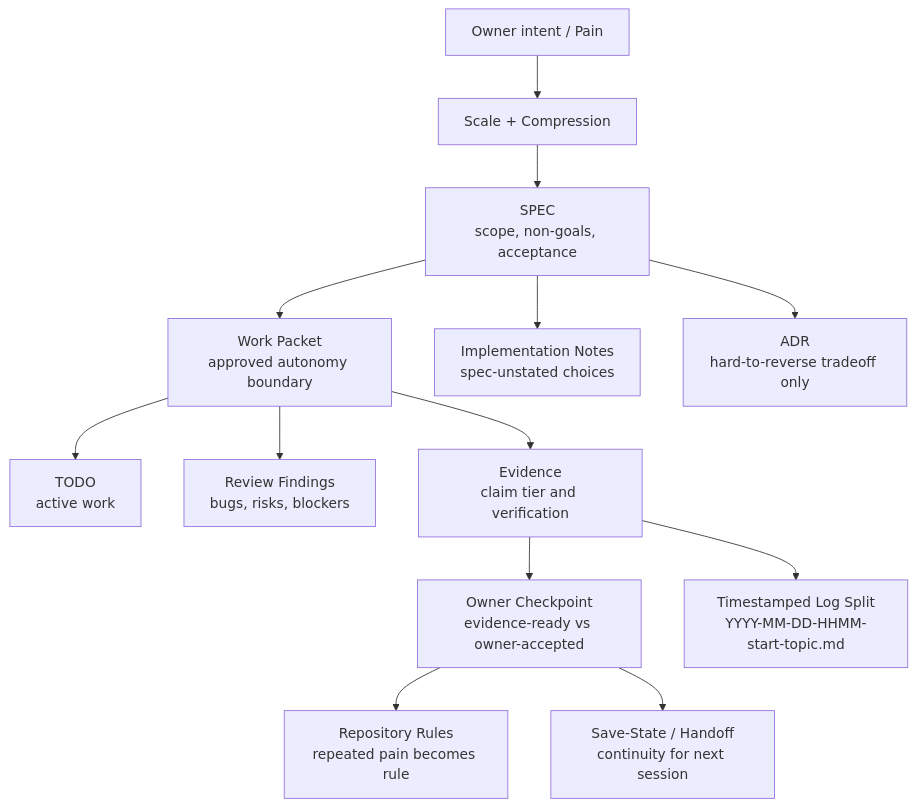
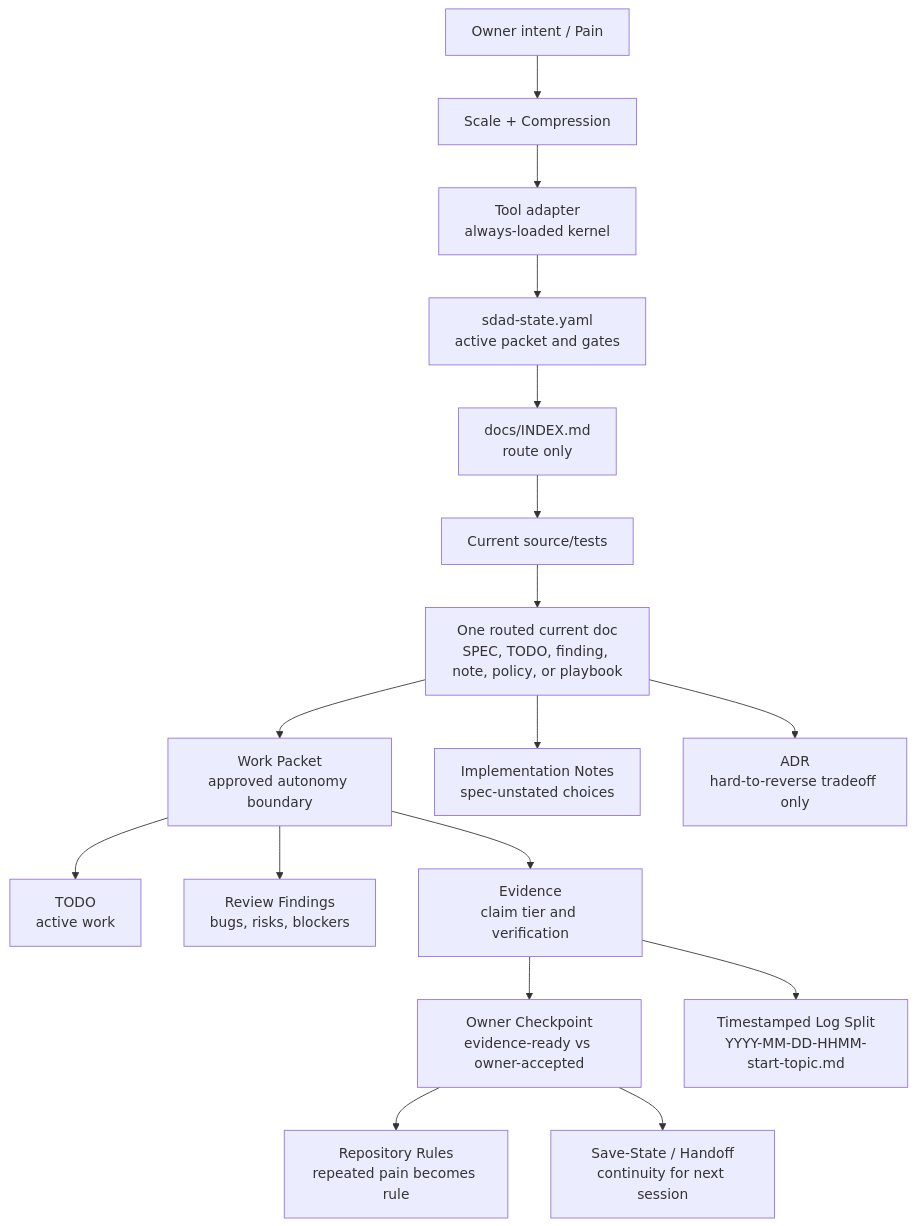
The fourth of 8 diagrams in docs/diagrams.md (LiveTrack-X/spec-driven-ai-development), drawn with Mermaid before and after one commit. The commit also changed other lines of this file and 77 other files, not shown here.

````diff
--- a/docs/diagrams.md
+++ b/docs/diagrams.md
@@ -62,15 +65,19 @@
 ```mermaid
 flowchart TD
     O["Owner intent / Pain"] --> X["Scale + Compression"]
-    X --> S["SPEC\nscope, non-goals, acceptance"]
+    X --> A["Tool adapter\nalways-loaded kernel"]
+    A --> Y["sdad-state.yaml\nactive packet and gates"]
+    Y --> I["docs/INDEX.md\nroute only"]
+    I --> C0["Current source/tests"]
+    C0 --> S["One routed current doc\nSPEC, TODO, finding, note, policy, or playbook"]
     S --> P["Work Packet\napproved autonomy boundary"]
     P --> T["TODO\nactive work"]
     P --> F["Review Findings\nbugs, risks, blockers"]
     P --> E["Evidence\nclaim tier and verification"]
     E --> C["Owner Checkpoint\nevidence-ready vs owner-accepted"]
     S --> N["Implementation Notes\nspec-unstated choices"]
-    S --> A["ADR\nhard-to-reverse tradeoff only"]
+    S --> ADR["ADR\nhard-to-reverse tradeoff only"]
     C --> R["Repository Rules\nrepeated pain becomes rule"]
     C --> H["Save-State / Handoff\ncontinuity for next session"]
     E --> L["Timestamped Log Split\nYYYY-MM-DD-HHMM-start-topic.md"]
 ```
````
